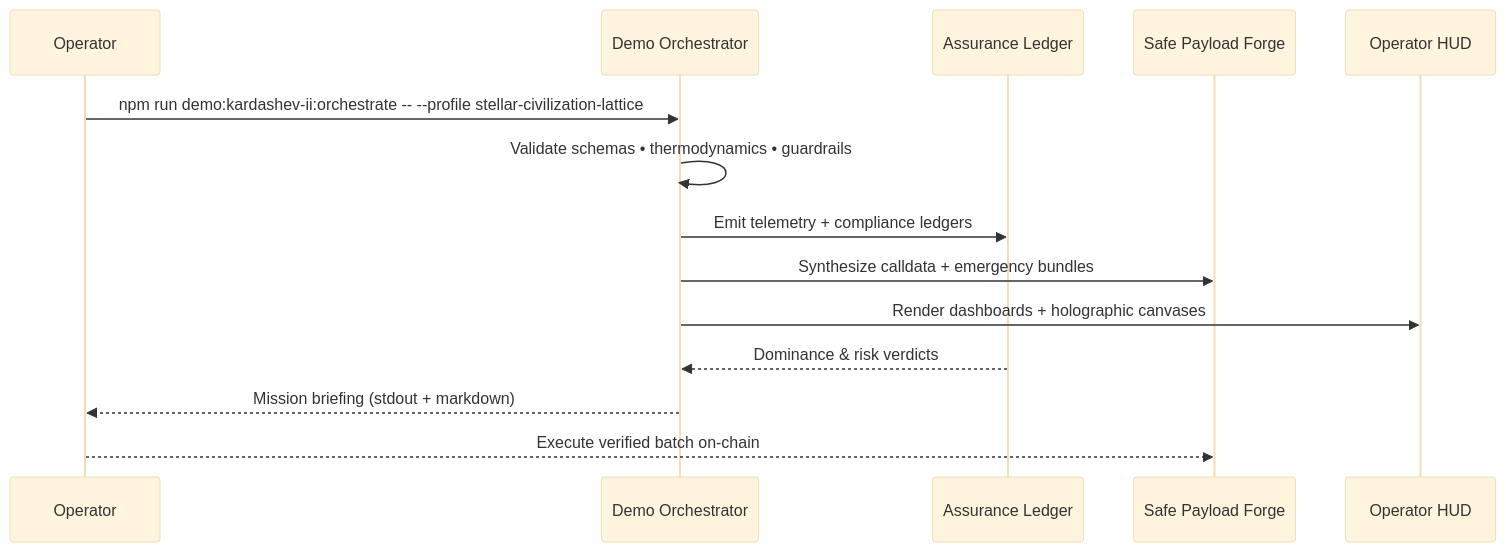
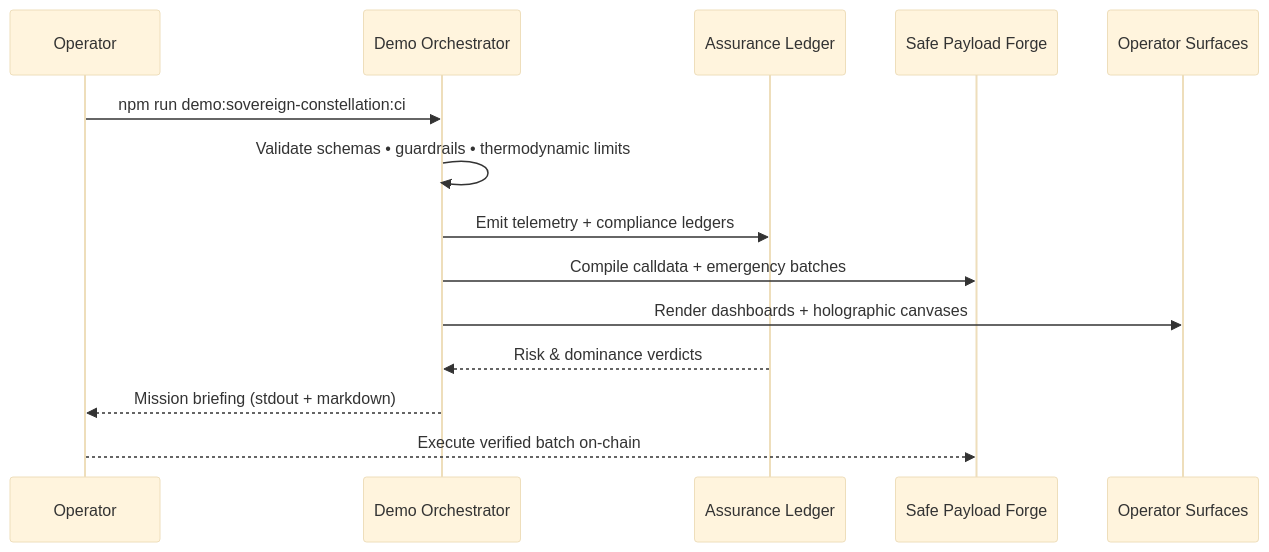
One commit to MontrealAI/AGIJobsv0 changed the third of 3 diagrams in docs/AGI-Operator-Quickstart.md. Above: the diagram before and after it, drawn with Mermaid (base theme). The commit also changed other lines of this file, not shown here.

Commit message:
docs: refresh operator quickstart for latest demos

````diff
--- a/docs/AGI-Operator-Quickstart.md
+++ b/docs/AGI-Operator-Quickstart.md
@@ -182,16 +212,16 @@
 ```mermaid
 sequenceDiagram
   participant Operator
-  participant DemoCLI as Demo Orchestrator
+  participant Orchestrator as Demo Orchestrator
   participant Ledger as Assurance Ledger
   participant Safe as Safe Payload Forge
-  participant HUD as Operator HUD
-  Operator->>DemoCLI: npm run demo:kardashev-ii:orchestrate -- --profile stellar-civilization-lattice
-  DemoCLI->>DemoCLI: Validate schemas • thermodynamics • guardrails
-  DemoCLI->>Ledger: Emit telemetry + compliance ledgers
-  DemoCLI->>Safe: Synthesize calldata + emergency bundles
-  DemoCLI->>HUD: Render dashboards + holographic canvases
-  Ledger-->>DemoCLI: Dominance & risk verdicts
-  DemoCLI-->>Operator: Mission briefing (stdout + markdown)
+  participant HUD as Operator Surfaces
+  Operator->>Orchestrator: npm run demo:sovereign-constellation:ci
+  Orchestrator->>Orchestrator: Validate schemas • guardrails • thermodynamic limits
+  Orchestrator->>Ledger: Emit telemetry + compliance ledgers
+  Orchestrator->>Safe: Compile calldata + emergency batches
+  Orchestrator->>HUD: Render dashboards + holographic canvases
+  Ledger-->>Orchestrator: Risk & dominance verdicts
+  Orchestrator-->>Operator: Mission briefing (stdout + markdown)
   Operator-->>Safe: Execute verified batch on-chain
 ```
````
